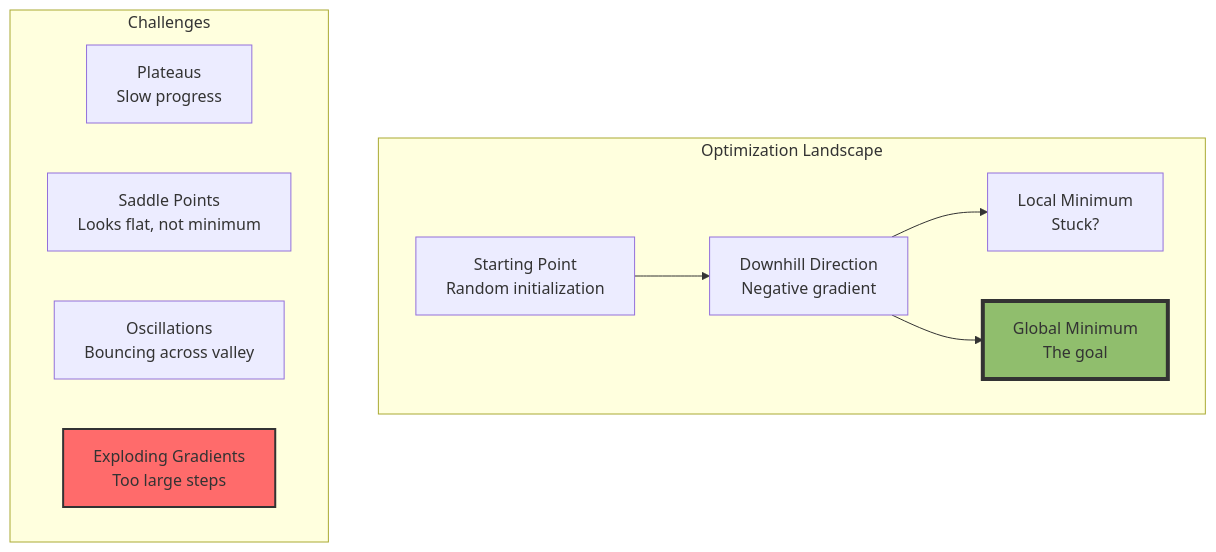
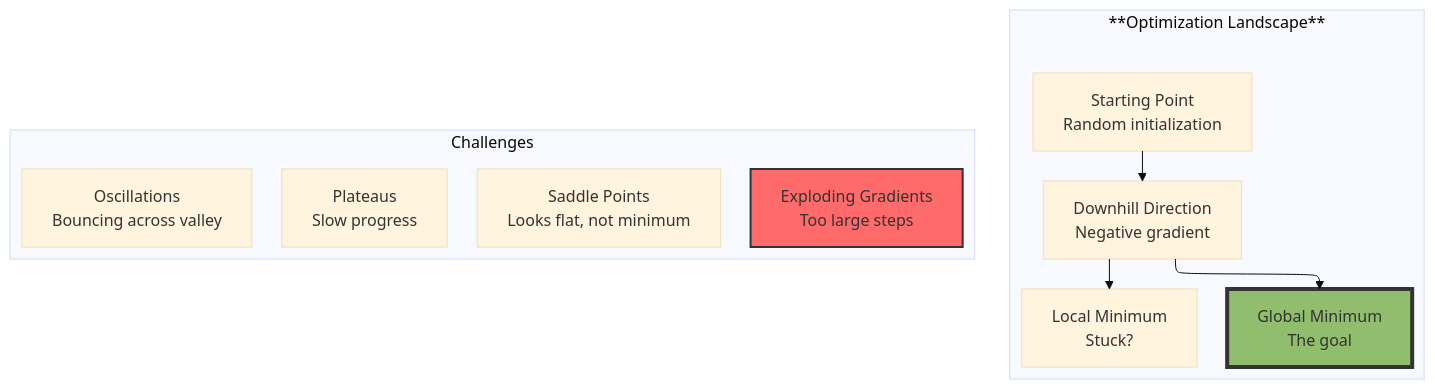
One commit to Vineet-Sharma-Medium-Stories/Medium-Build-Tool changed the second of 3 diagrams in The 2026 AI Metromap/The 2026 AI Metromap: Loss Functions & Optimization – Navigating to the Minimum.md. Above: the diagram before and after it, drawn with Mermaid. The commit also changed other lines of this file and 37 other files, not shown here.

````diff
--- a/The 2026 AI Metromap/The 2026 AI Metromap: Loss Functions & Optimization – Navigating to the Minimum.md
+++ b/The 2026 AI Metromap/The 2026 AI Metromap: Loss Functions & Optimization – Navigating to the Minimum.md
@@ -204,18 +209,23 @@
 ```mermaid
+---
+config:
+  theme: base
+  layout: elk
+---
 graph TD
-    subgraph "Optimization Landscape"
+    subgraph "**Optimization Landscape**"
         S[Starting Point<br/>Random initialization] --> D[Downhill Direction<br/>Negative gradient]
         D --> L1[Local Minimum<br/>Stuck?]
         D --> G[Global Minimum<br/>The goal]
     end
     
     subgraph "Challenges"
         P[Plateaus<br/>Slow progress]
         S2[Saddle Points<br/>Looks flat, not minimum]
         O[Oscillations<br/>Bouncing across valley]
         E[Exploding Gradients<br/>Too large steps]
     end
     
     style G fill:#90be6d,stroke:#333,stroke-width:4px
     style E fill:#ff6b6b,stroke:#333,stroke-width:2px
 ```
````
